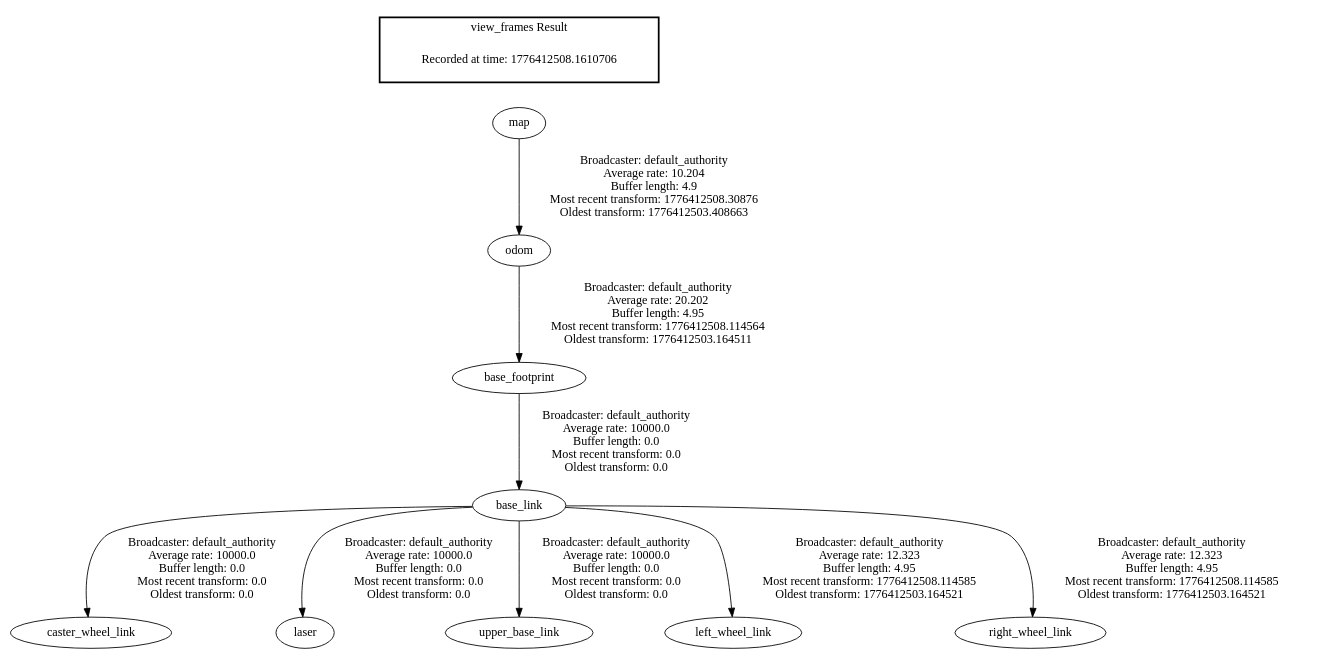
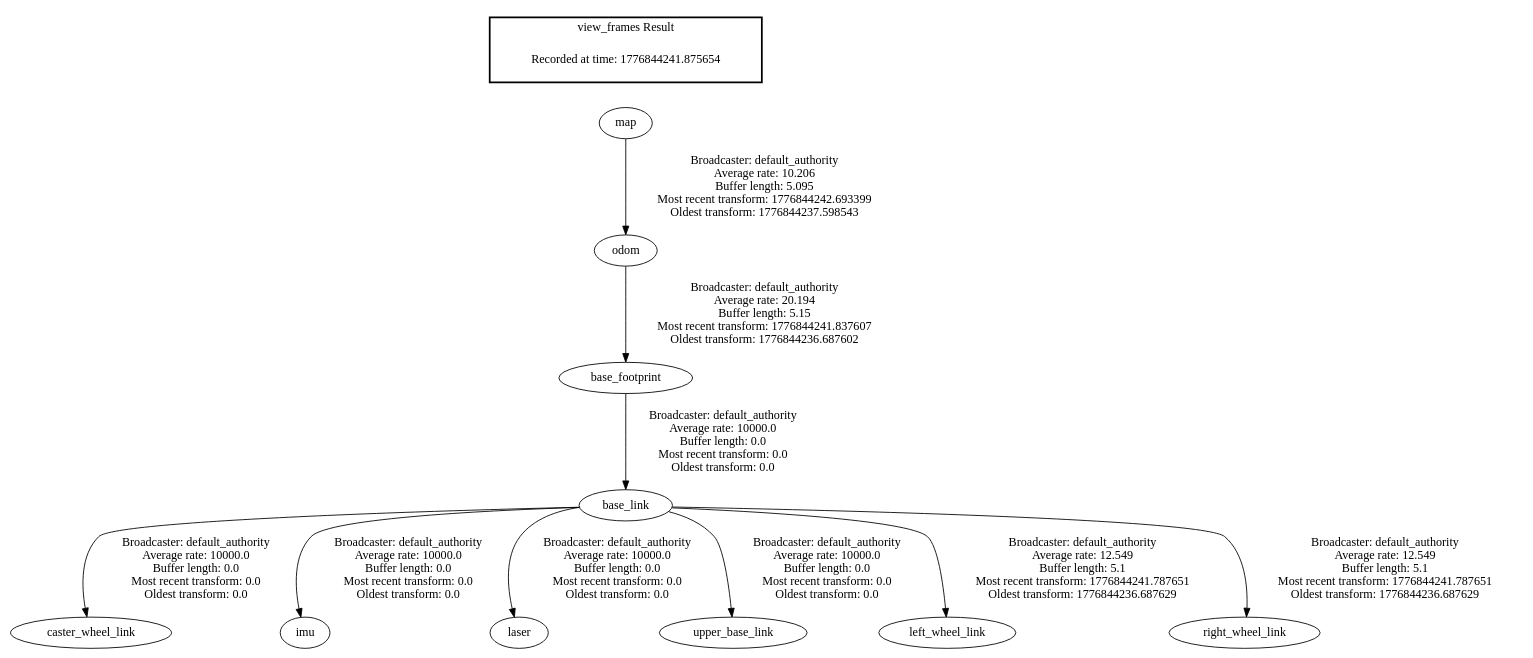
One commit to hcmutduygit/carrierbot_ws changed the diagram in frames.gv. Above: the diagram before and after it, drawn with Graphviz. The commit also changed 4 other files, not shown here.

```diff
--- a/frames.gv
+++ b/frames.gv
@@ -1,14 +1,15 @@
 digraph G {
+"odom" -> "base_footprint"[label=" Broadcaster: default_authority\nAverage rate: 20.194\nBuffer length: 5.15\nMost recent transform: 1776844241.837607\nOldest transform: 1776844236.687602\n"];
+"map" -> "odom"[label=" Broadcaster: default_authority\nAverage rate: 10.206\nBuffer length: 5.095\nMost recent transform: 1776844242.693399\nOldest transform: 1776844237.598543\n"];
 "base_link" -> "caster_wheel_link"[label=" Broadcaster: default_authority\nAverage rate: 10000.0\nBuffer length: 0.0\nMost recent transform: 0.0\nOldest transform: 0.0\n"];
 "base_footprint" -> "base_link"[label=" Broadcaster: default_authority\nAverage rate: 10000.0\nBuffer length: 0.0\nMost recent transform: 0.0\nOldest transform: 0.0\n"];
-"odom" -> "base_footprint"[label=" Broadcaster: default_authority\nAverage rate: 20.202\nBuffer length: 4.95\nMost recent transform: 1776412508.114564\nOldest transform: 1776412503.164511\n"];
+"base_link" -> "imu"[label=" Broadcaster: default_authority\nAverage rate: 10000.0\nBuffer length: 0.0\nMost recent transform: 0.0\nOldest transform: 0.0\n"];
 "base_link" -> "laser"[label=" Broadcaster: default_authority\nAverage rate: 10000.0\nBuffer length: 0.0\nMost recent transform: 0.0\nOldest transform: 0.0\n"];
 "base_link" -> "upper_base_link"[label=" Broadcaster: default_authority\nAverage rate: 10000.0\nBuffer length: 0.0\nMost recent transform: 0.0\nOldest transform: 0.0\n"];
-"map" -> "odom"[label=" Broadcaster: default_authority\nAverage rate: 10.204\nBuffer length: 4.9\nMost recent transform: 1776412508.30876\nOldest transform: 1776412503.408663\n"];
-"base_link" -> "left_wheel_link"[label=" Broadcaster: default_authority\nAverage rate: 12.323\nBuffer length: 4.95\nMost recent transform: 1776412508.114585\nOldest transform: 1776412503.164521\n"];
-"base_link" -> "right_wheel_link"[label=" Broadcaster: default_authority\nAverage rate: 12.323\nBuffer length: 4.95\nMost recent transform: 1776412508.114585\nOldest transform: 1776412503.164521\n"];
+"base_link" -> "left_wheel_link"[label=" Broadcaster: default_authority\nAverage rate: 12.549\nBuffer length: 5.1\nMost recent transform: 1776844241.787651\nOldest transform: 1776844236.687629\n"];
+"base_link" -> "right_wheel_link"[label=" Broadcaster: default_authority\nAverage rate: 12.549\nBuffer length: 5.1\nMost recent transform: 1776844241.787651\nOldest transform: 1776844236.687629\n"];
 edge [style=invis];
  subgraph cluster_legend { style=bold; color=black; label ="view_frames Result";
-"Recorded at time: 1776412508.1610706"[ shape=plaintext ] ;
+"Recorded at time: 1776844241.875654"[ shape=plaintext ] ;
 }->"map";
 }
```
